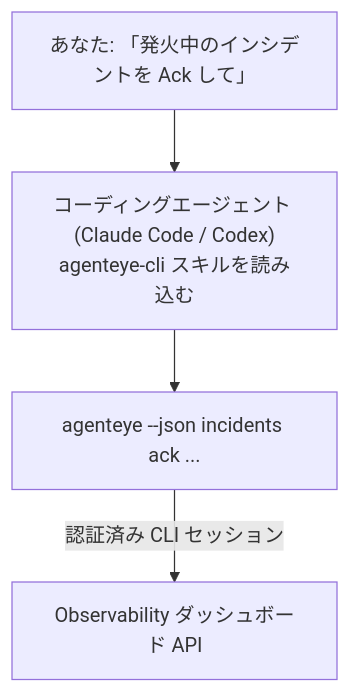
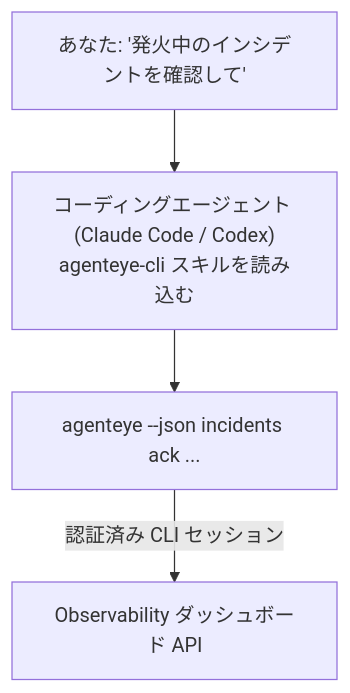
Before and after one commit to FailproofAI/failproofai: the diagram in docs/ja/agenteye/cli-skill.mdx, drawn with Mermaid. The commit also changed other lines of this file and 677 other files, not shown here.

````diff
--- a/docs/ja/agenteye/cli-skill.mdx
+++ b/docs/ja/agenteye/cli-skill.mdx
@@ -28,6 +28,6 @@
 ```mermaid
 flowchart TD
-    YOU["あなた: 「発火中のインシデントを Ack して」"] --> AGENT["コーディングエージェント (Claude Code / Codex)<br/>agenteye-cli スキルを読み込む"]
+    YOU["あなた: '発火中のインシデントを確認して'"] --> AGENT["コーディングエージェント (Claude Code / Codex)<br/>agenteye-cli スキルを読み込む"]
     AGENT --> CLI["agenteye --json incidents ack ..."]
     CLI -->|認証済み CLI セッション| API["Observability ダッシュボード API"]
 ```
````
